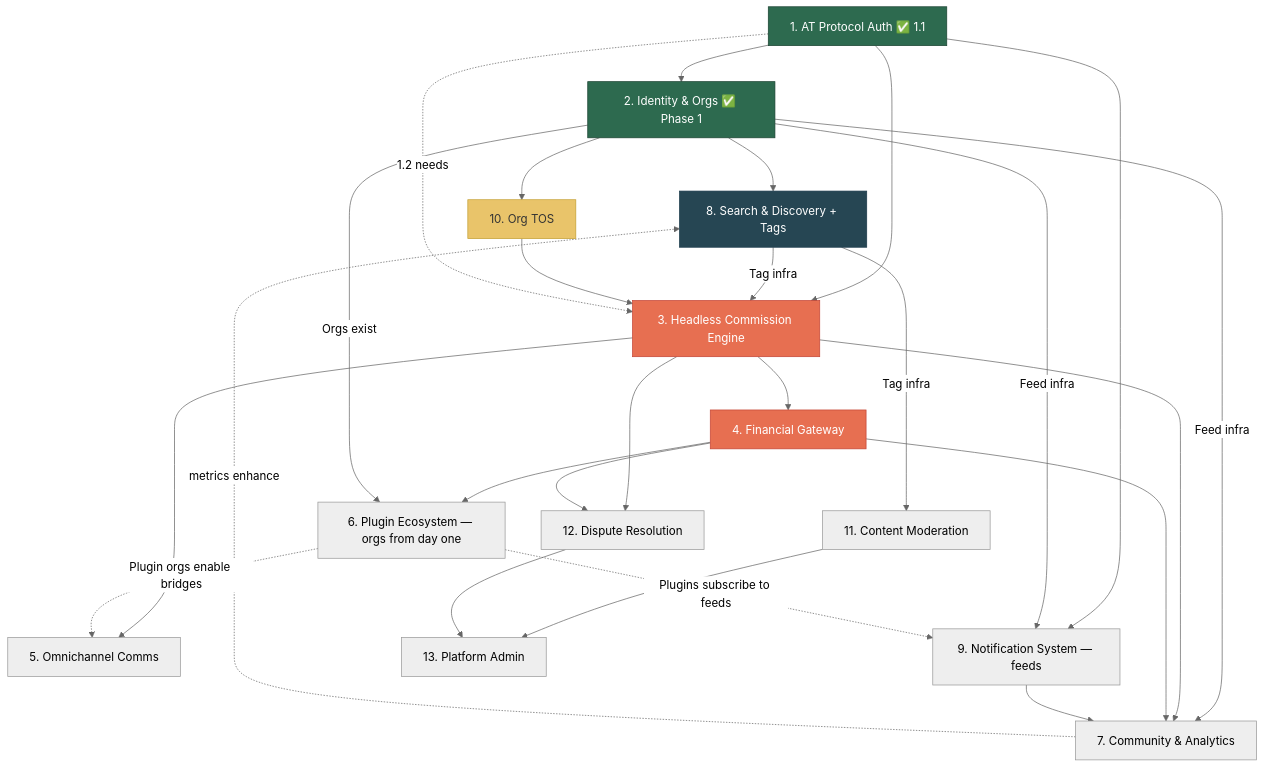
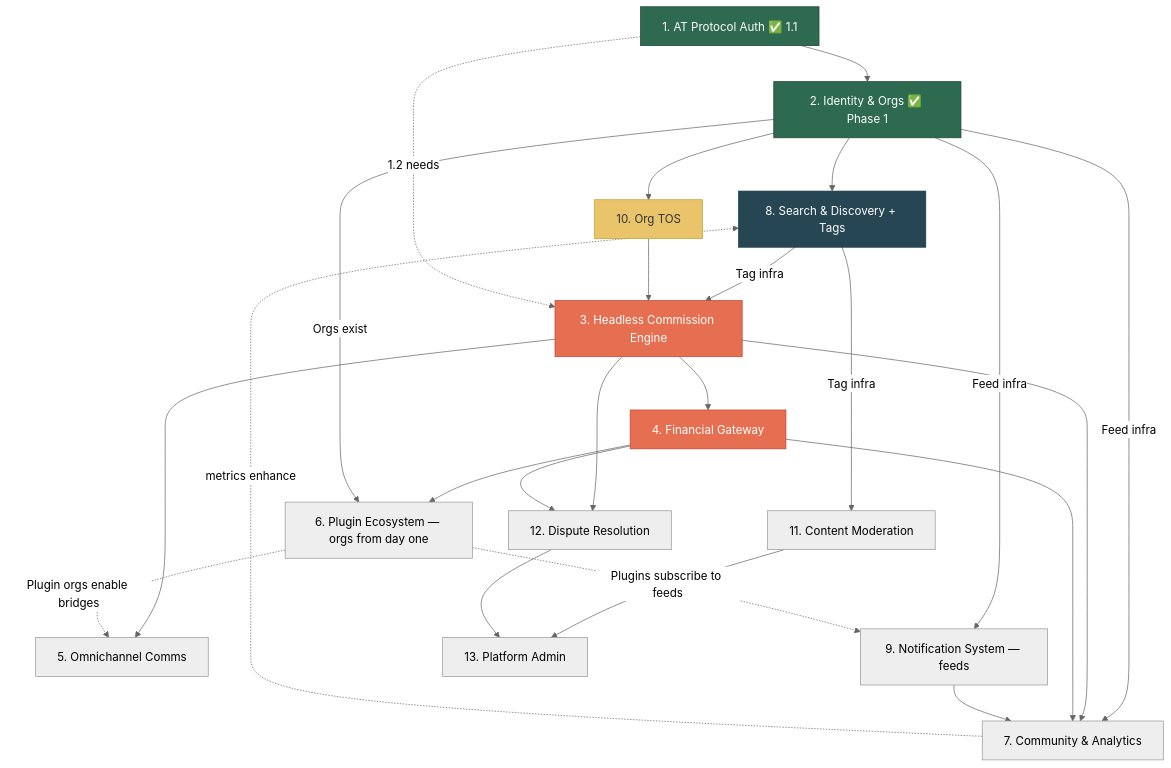
Before and after one commit to ProgrammingCheetah/ZurFur: the diagram in design/features/OVERVIEW.md, drawn with Mermaid (neutral theme). The commit also changed other lines of this file and 10 other files, not shown here.

````diff
--- a/design/features/OVERVIEW.md
+++ b/design/features/OVERVIEW.md
@@ -39,66 +39,64 @@
 ```mermaid
 graph TD
     F1[1. AT Protocol Auth ✅ 1.1]
     F2[2. Identity & Orgs ✅ Phase 1]
     F3[3. Headless Commission Engine]
     F4[4. Financial Gateway]
     F5[5. Omnichannel Comms]
     F6[6. Plugin Ecosystem — orgs from day one]
     F7[7. Community & Analytics]
     F8[8. Search & Discovery + Tags]
     F9[9. Notification System — feeds]
     F10[10. Org TOS]
     F11[11. Content Moderation]
     F12[12. Dispute Resolution]
     F13[13. Platform Admin]
 
     %% Foundation
     F1 --> F2
-    F1 --> F3
-    F1 --> F9
     F2 --> F8
     F2 --> F10
 
     %% Tags + Feeds are foundational
     F8 -->|Tag infra| F3
     F8 -->|Tag infra| F11
 
     %% Feed system is cross-cutting
     F2 -->|Feed infra| F9
     F2 -->|Feed infra| F7
 
     %% Commission critical path
     F10 --> F3
     F3 --> F4
     F3 --> F5
     F3 --> F7
     F3 --> F12
 
     %% Financial enables disputes + plugin marketplace
     F4 --> F12
     F4 --> F6
     F4 --> F7
 
     %% Notifications
     F9 --> F7
 
     %% Moderation + Admin
     F11 --> F13
     F12 --> F13
 
     %% Plugin orgs are just orgs
     F2 -->|Orgs exist| F6
     F6 -.->|Plugins subscribe to feeds| F9
     F6 -.->|Plugin orgs enable bridges| F5
 
     %% Soft dependencies
     F1 -.->|1.2 needs| F3
     F7 -.->|metrics enhance| F8
 
     style F1 fill:#2d6a4f,stroke:#1b4332,color:#fff
     style F2 fill:#2d6a4f,stroke:#1b4332,color:#fff
     style F8 fill:#264653,stroke:#1b3a4b,color:#fff
     style F3 fill:#e76f51,stroke:#c44536,color:#fff
     style F4 fill:#e76f51,stroke:#c44536,color:#fff
     style F10 fill:#e9c46a,stroke:#c4a035,color:#333
 ```
````
